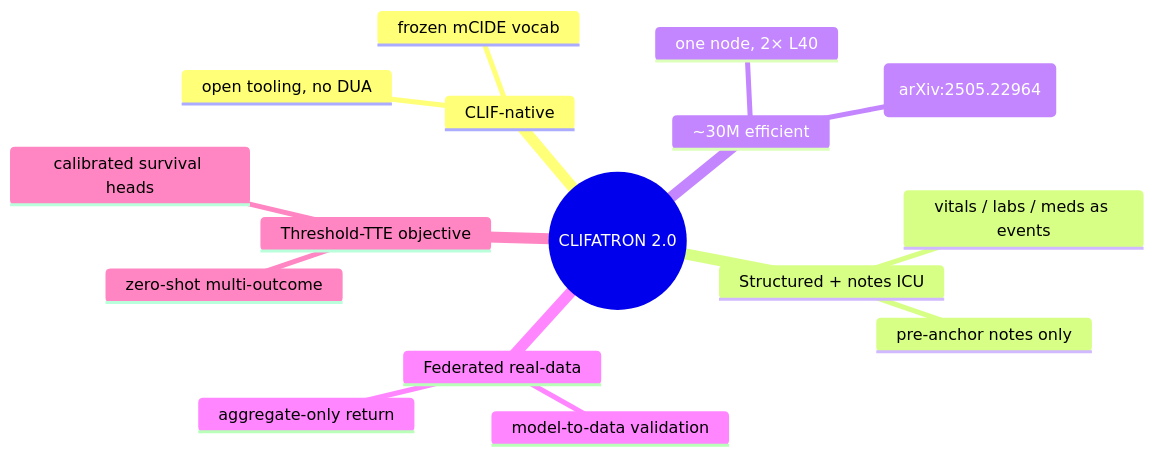
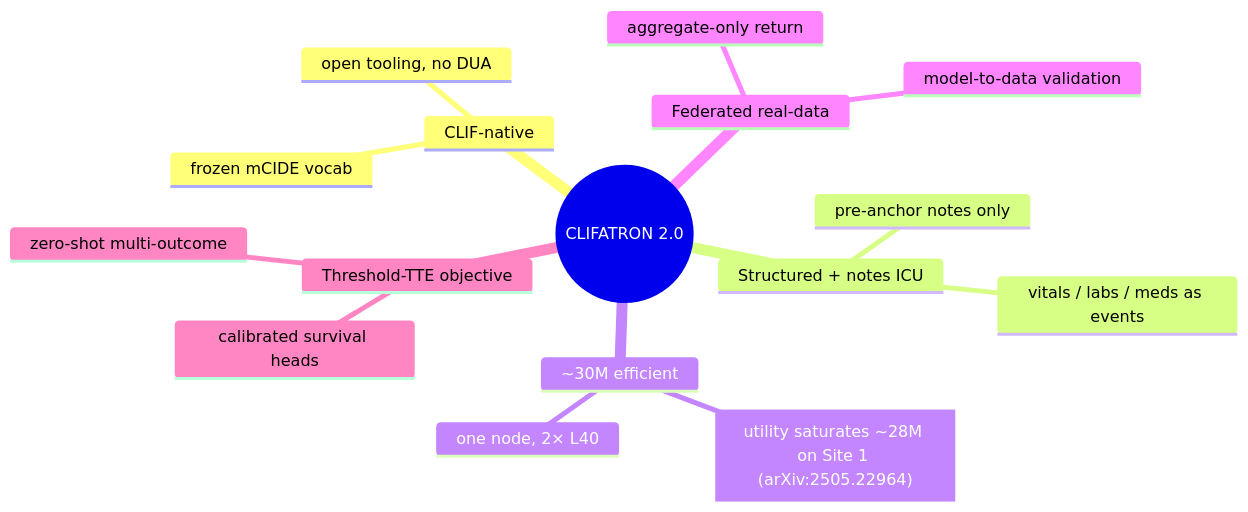
Before and after one commit to sajor2000/clifatron2.0: the second of 4 diagrams in website/docs/overview.md, drawn with Mermaid. The commit also changed other lines of this file and 37 other files, not shown here.

````diff
--- a/website/docs/overview.md
+++ b/website/docs/overview.md
@@ -87,19 +88,19 @@
 ```mermaid
 mindmap
   root((CLIFATRON 2.0))
     CLIF-native
       open tooling, no DUA
       frozen mCIDE vocab
     Structured + notes ICU
       vitals / labs / meds as events
       pre-anchor notes only
     ~30M efficient
-      utility saturates ~28M on Site 1 (arXiv:2505.22964)
+      sat["utility saturates ~28M on Site 1 (arXiv:2505.22964)"]
       one node, 2× L40
     Federated real-data
       model-to-data validation
       aggregate-only return
     Threshold-TTE objective
       zero-shot multi-outcome
       calibrated survival heads
 ```
````
